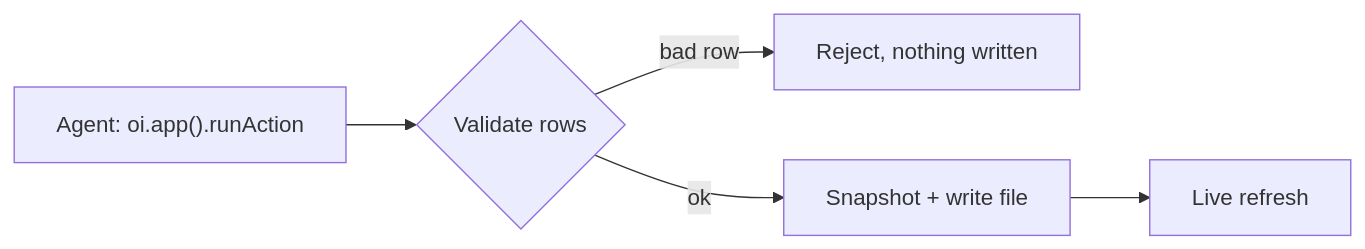
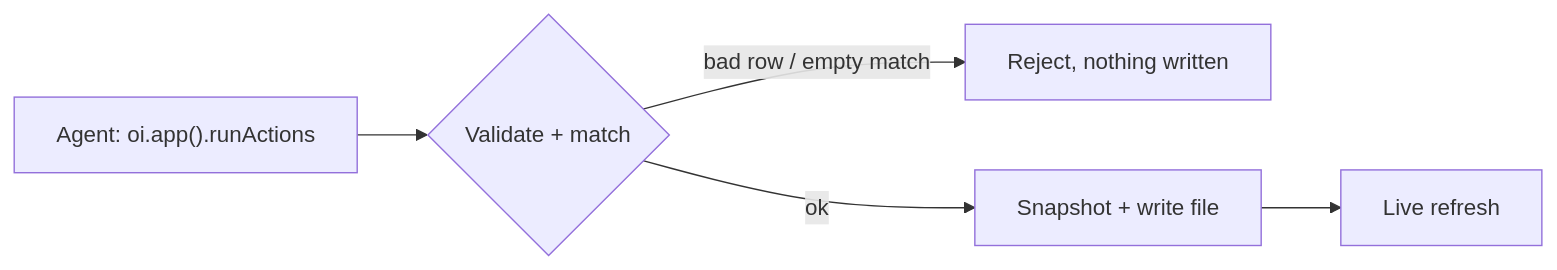
One commit to lukaisailovic/openislands changed the diagram in apps/docs/content/docs/data/actions.mdx. Above: the diagram before and after it, drawn with Mermaid. The commit also changed other lines of this file and 31 other files, not shown here.

````diff
--- a/apps/docs/content/docs/data/actions.mdx
+++ b/apps/docs/content/docs/data/actions.mdx
@@ -11,7 +11,7 @@
 ```mermaid
 flowchart LR
-  A["Agent: oi.app().runAction"] --> V{Validate rows}
-  V -- bad row --> X[Reject, nothing written]
+  A["Agent: oi.app().runActions"] --> V{Validate + match}
+  V -- bad row / empty match --> X[Reject, nothing written]
   V -- ok --> S[Snapshot + write file]
   S --> L[Live refresh]
 ```
````
